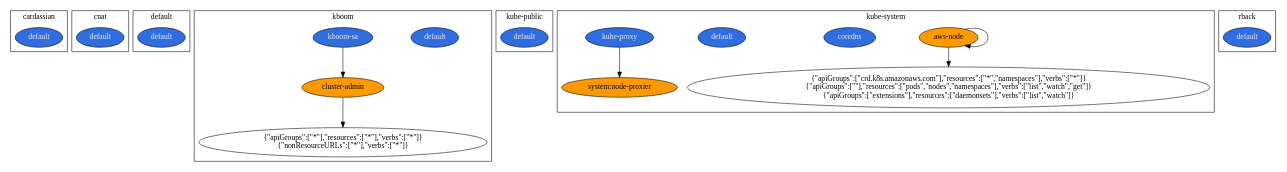
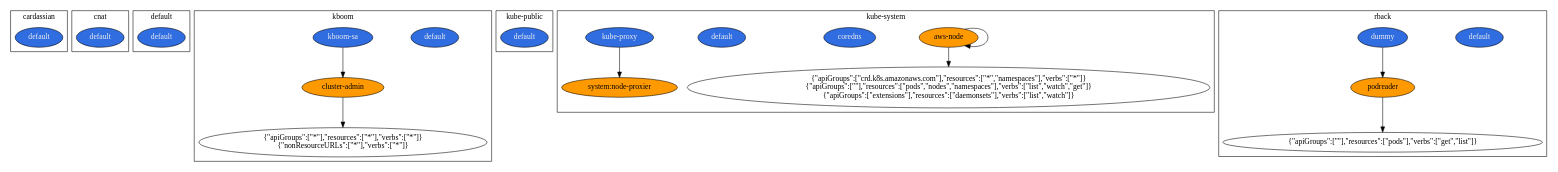
Before and after one commit to team-soteria/rback: the diagram in simple.dot, drawn with Graphviz. The commit also changed 1 other file, not shown here.

Commit message:
adds support for roles in resource lookups

```diff
--- a/simple.dot
+++ b/simple.dot
@@ -1,52 +1,57 @@
 digraph  {
-	subgraph cluster_s5 {
+	subgraph cluster_s4 {
+		ID = "cluster_s4";
+		label="cardassian";
+		n16[fillcolor="#2f6de1",fontcolor="#f0f0f0",label="default",style="filled"];
+		
+	}subgraph cluster_s5 {
 		ID = "cluster_s5";
-		label="cardassian";
-		n14[fillcolor="#2f6de1",fontcolor="#f0f0f0",label="default",style="filled"];
+		label="cnat";
+		n17[fillcolor="#2f6de1",fontcolor="#f0f0f0",label="default",style="filled"];
 		
 	}subgraph cluster_s6 {
 		ID = "cluster_s6";
-		label="cnat";
-		n15[fillcolor="#2f6de1",fontcolor="#f0f0f0",label="default",style="filled"];
+		label="default";
+		n18[fillcolor="#2f6de1",fontcolor="#f0f0f0",label="default",style="filled"];
 		
 	}subgraph cluster_s0 {
 		ID = "cluster_s0";
-		label="default";
+		label="kboom";
+		n3[fillcolor="#ff9900",fontcolor="#030303",label="cluster-admin",style="filled"];
 		n1[fillcolor="#2f6de1",fontcolor="#f0f0f0",label="default",style="filled"];
+		n2[fillcolor="#2f6de1",fontcolor="#f0f0f0",label="kboom-sa",style="filled"];
+		n4[label="{\"apiGroups\":[\"*\"],\"resources\":[\"*\"],\"verbs\":[\"*\"]}\n{\"nonResourceURLs\":[\"*\"],\"verbs\":[\"*\"]}\n"];
+		n3->n4;
+		n2->n3;
 		
 	}subgraph cluster_s1 {
 		ID = "cluster_s1";
-		label="kboom";
-		n4[fillcolor="#ff9900",fontcolor="#030303",label="cluster-admin",style="filled"];
-		n2[fillcolor="#2f6de1",fontcolor="#f0f0f0",label="default",style="filled"];
-		n3[fillcolor="#2f6de1",fontcolor="#f0f0f0",label="kboom-sa",style="filled"];
-		n5[label="{\"apiGroups\":[\"*\"],\"resources\":[\"*\"],\"verbs\":[\"*\"]}\n{\"nonResourceURLs\":[\"*\"],\"verbs\":[\"*\"]}\n"];
-		n4->n5;
-		n3->n4;
+		label="kube-public";
+		n5[fillcolor="#2f6de1",fontcolor="#f0f0f0",label="default",style="filled"];
 		
 	}subgraph cluster_s2 {
 		ID = "cluster_s2";
-		label="kube-public";
-		n6[fillcolor="#2f6de1",fontcolor="#f0f0f0",label="default",style="filled"];
+		label="kube-system";
+		n6[fillcolor="#ff9900",fontcolor="#030303",label="aws-node",style="filled"];
+		n8[fillcolor="#2f6de1",fontcolor="#f0f0f0",label="coredns",style="filled"];
+		n9[fillcolor="#2f6de1",fontcolor="#f0f0f0",label="default",style="filled"];
+		n10[fillcolor="#2f6de1",fontcolor="#f0f0f0",label="kube-proxy",style="filled"];
+		n11[fillcolor="#ff9900",fontcolor="#030303",label="system:node-proxier",style="filled"];
+		n7[label="{\"apiGroups\":[\"crd.k8s.amazonaws.com\"],\"resources\":[\"*\",\"namespaces\"],\"verbs\":[\"*\"]}\n{\"apiGroups\":[\"\"],\"resources\":[\"pods\",\"nodes\",\"namespaces\"],\"verbs\":[\"list\",\"watch\",\"get\"]}\n{\"apiGroups\":[\"extensions\"],\"resources\":[\"daemonsets\"],\"verbs\":[\"list\",\"watch\"]}\n"];
+		n6->n6;
+		n6->n7;
+		n10->n11;
 		
 	}subgraph cluster_s3 {
 		ID = "cluster_s3";
-		label="kube-system";
-		n7[fillcolor="#ff9900",fontcolor="#030303",label="aws-node",style="filled"];
-		n9[fillcolor="#2f6de1",fontcolor="#f0f0f0",label="coredns",style="filled"];
-		n10[fillcolor="#2f6de1",fontcolor="#f0f0f0",label="default",style="filled"];
-		n11[fillcolor="#2f6de1",fontcolor="#f0f0f0",label="kube-proxy",style="filled"];
-		n12[fillcolor="#ff9900",fontcolor="#030303",label="system:node-proxier",style="filled"];
-		n8[label="{\"apiGroups\":[\"crd.k8s.amazonaws.com\"],\"resources\":[\"*\",\"namespaces\"],\"verbs\":[\"*\"]}\n{\"apiGroups\":[\"\"],\"resources\":[\"pods\",\"nodes\",\"namespaces\"],\"verbs\":[\"list\",\"watch\",\"get\"]}\n{\"apiGroups\":[\"extensions\"],\"resources\":[\"daemonsets\"],\"verbs\":[\"list\",\"watch\"]}\n"];
-		n7->n7;
-		n7->n8;
-		n11->n12;
-		
-	}subgraph cluster_s4 {
-		ID = "cluster_s4";
 		label="rback";
-		n13[fillcolor="#2f6de1",fontcolor="#f0f0f0",label="default",style="filled"];
+		n12[fillcolor="#2f6de1",fontcolor="#f0f0f0",label="default",style="filled"];
+		n13[fillcolor="#2f6de1",fontcolor="#f0f0f0",label="dummy",style="filled"];
+		n14[fillcolor="#ff9900",fontcolor="#030303",label="podreader",style="filled"];
+		n15[label="{\"apiGroups\":[\"\"],\"resources\":[\"pods\"],\"verbs\":[\"get\",\"list\"]}\n"];
+		n13->n14;
+		n14->n15;
 		
 	}
 	
 }
```
